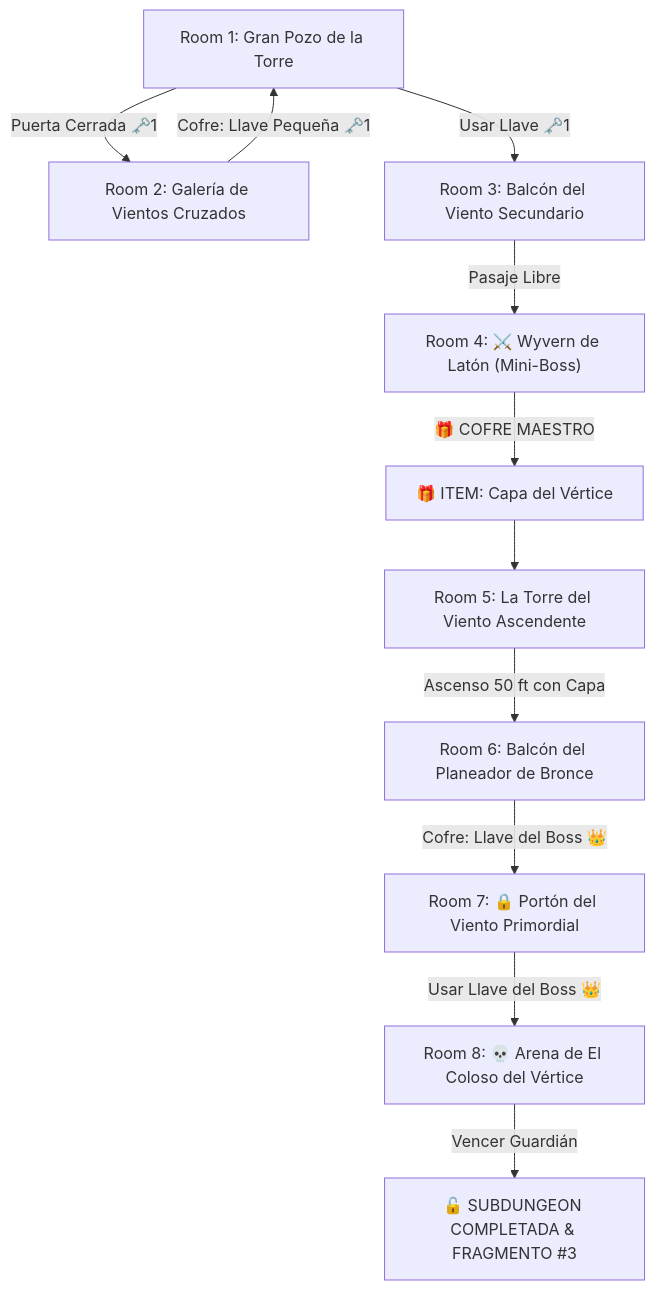
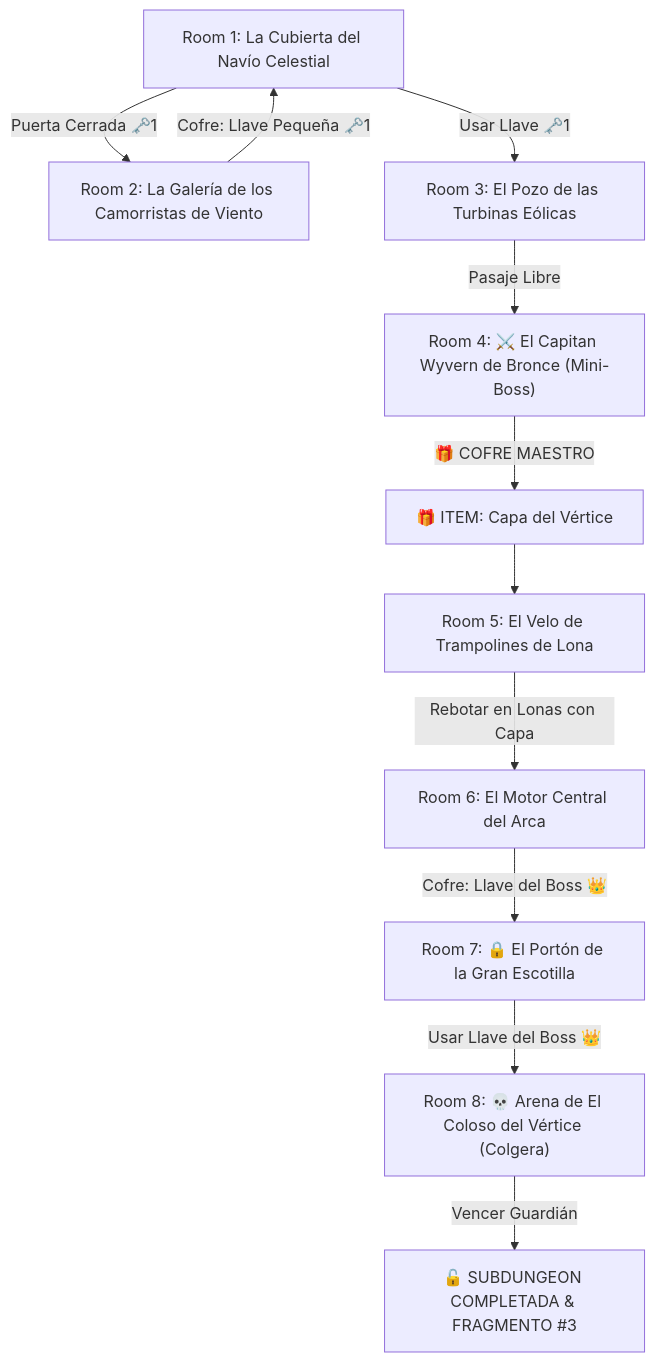
One commit to linkmati/ShivathLyss changed the diagram in 7 - DM/OneShots/ARepeat/Subdungeons/03_Subdungeon_Aire_Torre.md. Above: the diagram before and after it, drawn with Mermaid. The commit also changed other lines of this file and 22 other files, not shown here.

````diff
--- a/7 - DM/OneShots/ARepeat/Subdungeons/03_Subdungeon_Aire_Torre.md
+++ b/7 - DM/OneShots/ARepeat/Subdungeons/03_Subdungeon_Aire_Torre.md
@@ -13,13 +14,13 @@
 ```mermaid
 graph TD
-    S1["Room 1: Gran Pozo de la Torre"] -->|Puerta Cerrada 🗝️1| S2["Room 2: Galería de Vientos Cruzados"]
+    S1["Room 1: La Cubierta del Navío Celestial"] -->|Puerta Cerrada 🗝️1| S2["Room 2: La Galería de los Camorristas de Viento"]
     S2 -->|Cofre: Llave Pequeña 🗝️1| S1
-    S1 -->|Usar Llave 🗝️1| S3["Room 3: Balcón del Viento Secundario"]
-    S3 -->|Pasaje Libre| S4["Room 4: ⚔️ Wyvern de Latón (Mini-Boss)"]
+    S1 -->|Usar Llave 🗝️1| S3["Room 3: El Pozo de las Turbinas Eólicas"]
+    S3 -->|Pasaje Libre| S4["Room 4: ⚔️ El Capitan Wyvern de Bronce (Mini-Boss)"]
     S4 -->|🎁 COFRE MAESTRO| Item["🎁 ITEM: Capa del Vértice"]
-    Item --> S5["Room 5: La Torre del Viento Ascendente"]
-    S5 -->|Ascenso 50 ft con Capa| S6["Room 6: Balcón del Planeador de Bronce"]
-    S6 -->|Cofre: Llave del Boss 👑| S7["Room 7: 🔒 Portón del Viento Primordial"]
-    S7 -->|Usar Llave del Boss 👑| S8["Room 8: 💀 Arena de El Coloso del Vértice"]
+    Item --> S5["Room 5: El Velo de Trampolines de Lona"]
+    S5 -->|Rebotar en Lonas con Capa| S6["Room 6: El Motor Central del Arca"]
+    S6 -->|Cofre: Llave del Boss 👑| S7["Room 7: 🔒 El Portón de la Gran Escotilla"]
+    S7 -->|Usar Llave del Boss 👑| S8["Room 8: 💀 Arena de El Coloso del Vértice (Colgera)"]
     S8 -->|Vencer Guardián| Win["🔓 SUBDUNGEON COMPLETADA & FRAGMENTO #3"]
 ```
````
